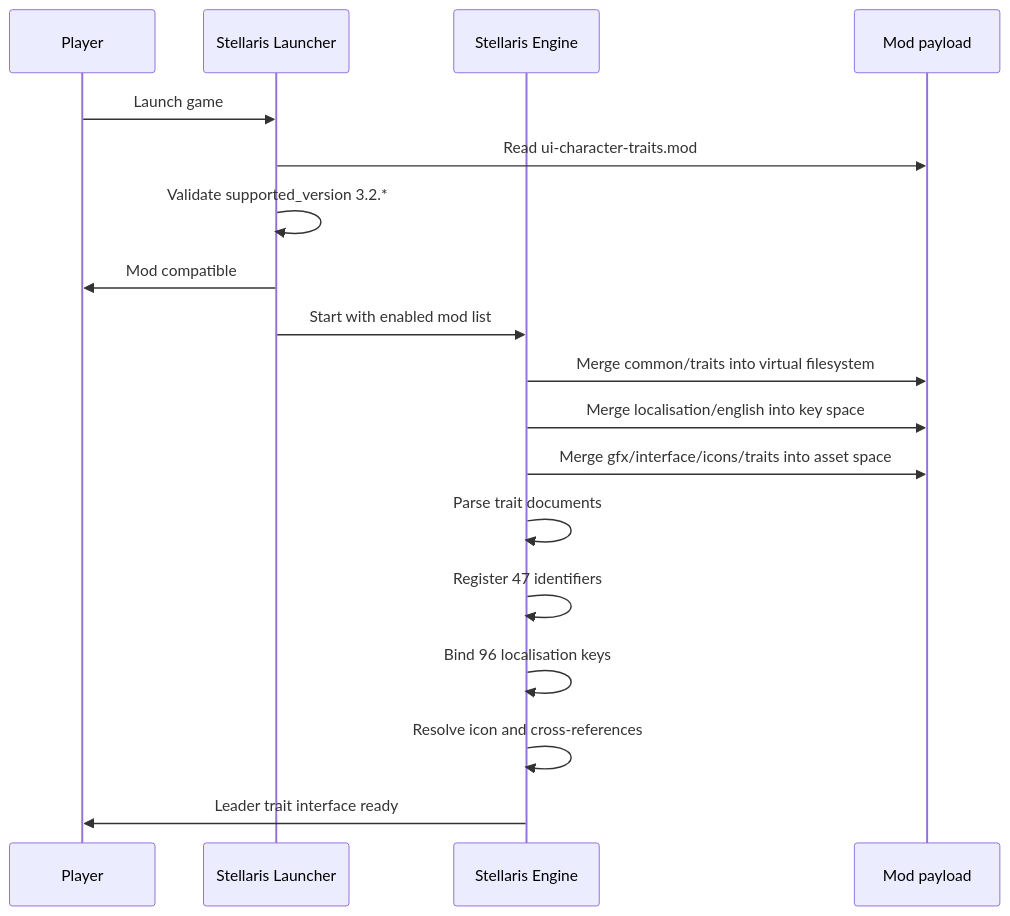
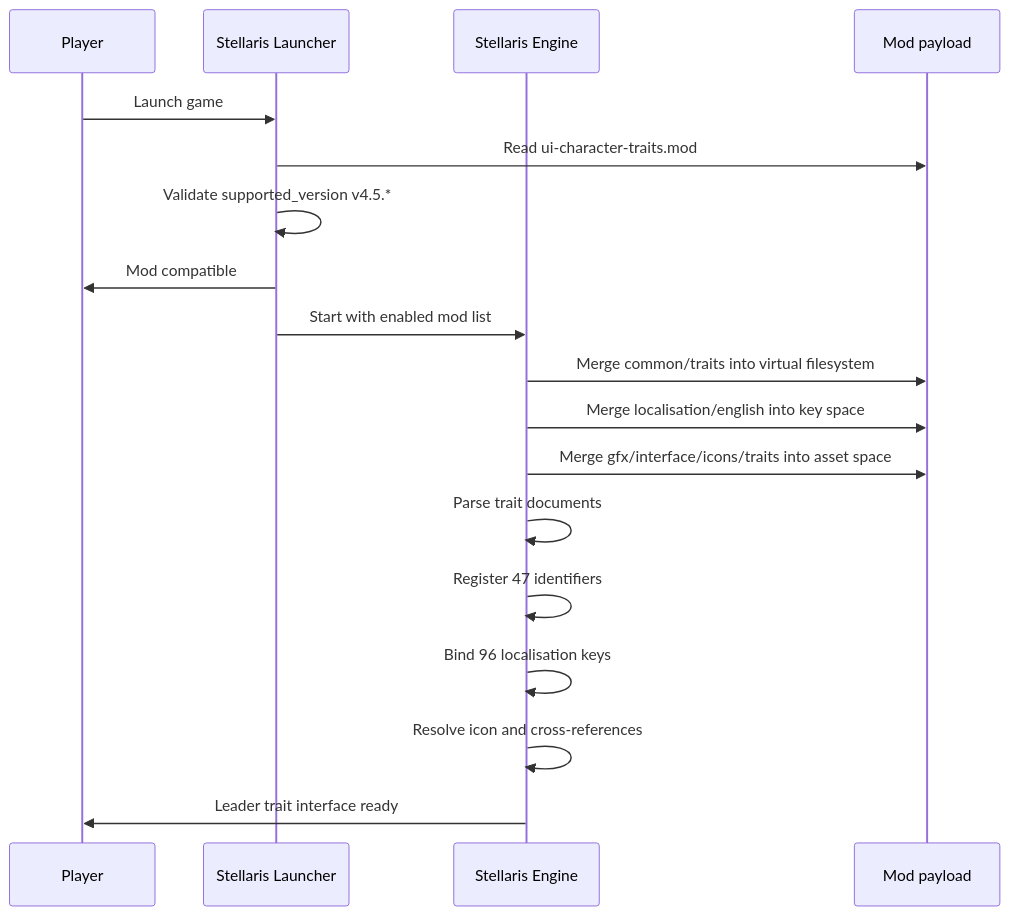
Before and after one commit to hmlendea/stellaris-ui-character-traits: the diagram in docs/flows/game-start-and-content-loading.md, drawn with Mermaid. The commit also changed other lines of this file and 39 other files, not shown here.

````diff
--- a/docs/flows/game-start-and-content-loading.md
+++ b/docs/flows/game-start-and-content-loading.md
@@ -9,20 +9,20 @@
 ```mermaid
 sequenceDiagram
     participant Player
     participant Launcher as Stellaris Launcher
     participant Engine as Stellaris Engine
     participant Mod as Mod payload
     Player->>Launcher: Launch game
     Launcher->>Mod: Read ui-character-traits.mod
-    Launcher->>Launcher: Validate supported_version 3.2.*
+    Launcher->>Launcher: Validate supported_version v4.5.*
     Launcher->>Player: Mod compatible
     Launcher->>Engine: Start with enabled mod list
     Engine->>Mod: Merge common/traits into virtual filesystem
     Engine->>Mod: Merge localisation/english into key space
     Engine->>Mod: Merge gfx/interface/icons/traits into asset space
     Engine->>Engine: Parse trait documents
     Engine->>Engine: Register 47 identifiers
     Engine->>Engine: Bind 96 localisation keys
     Engine->>Engine: Resolve icon and cross-references
     Engine->>Player: Leader trait interface ready
 ```
````
